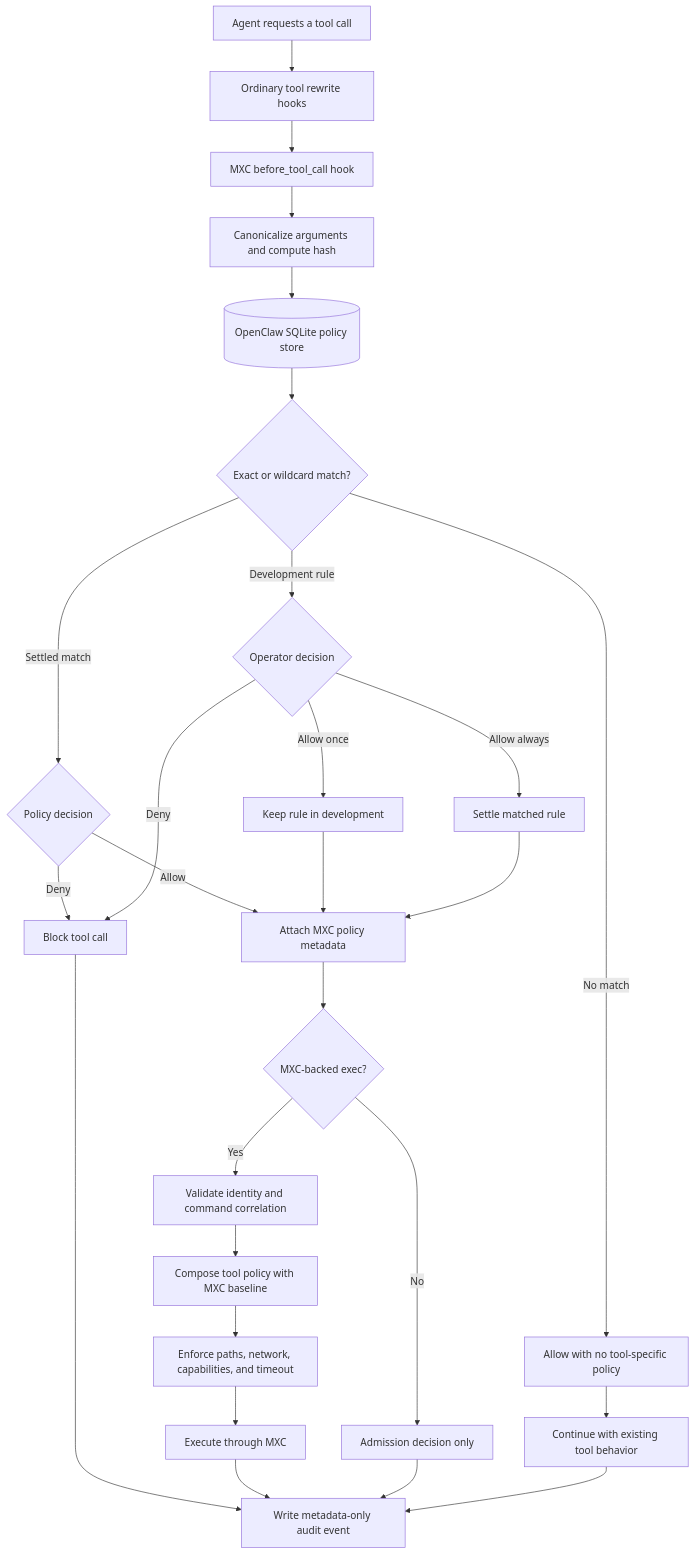
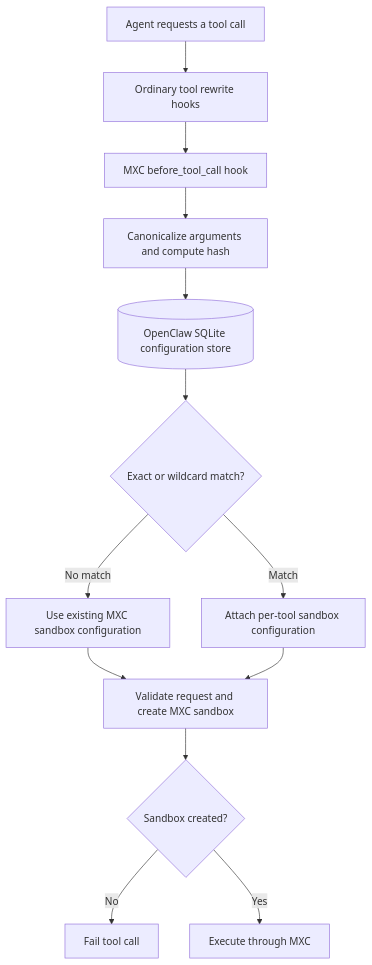
The diagram in rfcs/0026-mxc-per-tool-policy-advisor.md (ChazGo/rfcs), drawn with Mermaid before and after one commit. The commit also changed other lines of this file, not shown here.

First line of the commit message:
docs: revise MXC per-tool sandbox configuration

````diff
--- a/rfcs/0026-mxc-per-tool-policy-advisor.md
+++ b/rfcs/0026-mxc-per-tool-policy-advisor.md
@@ -119,33 +111,17 @@
 ```mermaid
 flowchart TD
     A[Agent requests a tool call] --> B[Ordinary tool rewrite hooks]
     B --> C[MXC before_tool_call hook]
     C --> D[Canonicalize arguments and compute hash]
-    D --> E[(OpenClaw SQLite policy store)]
+    D --> E[(OpenClaw SQLite configuration store)]
     E --> F{Exact or wildcard match?}
 
-    F -->|No match| G[Allow with no tool-specific policy]
-    F -->|Settled match| H{Policy decision}
-    H -->|Deny| I[Block tool call]
-    H -->|Allow| J[Attach MXC policy metadata]
+    F -->|No match| G[Use existing MXC sandbox configuration]
+    F -->|Match| H[Attach per-tool sandbox configuration]
 
-    F -->|Development rule| K{Operator decision}
-    K -->|Deny| I
-    K -->|Allow once| L[Keep rule in development]
-    K -->|Allow always| M[Settle matched rule]
-    L --> J
-    M --> J
-
-    J --> N{MXC-backed exec?}
-    N -->|Yes| O[Validate identity and command correlation]
-    O --> P[Compose tool policy with MXC baseline]
-    P --> Q[Enforce paths, network, capabilities, and timeout]
-    Q --> R[Execute through MXC]
-    N -->|No| S[Admission decision only]
-
-    G --> T[Continue with existing tool behavior]
-    I --> U[Write metadata-only audit event]
-    R --> U
-    S --> U
-    T --> U
+    G --> I[Validate request and create MXC sandbox]
+    H --> I
+    I --> J{Sandbox created?}
+    J -->|No| K[Fail tool call]
+    J -->|Yes| L[Execute through MXC]
 ```
````
